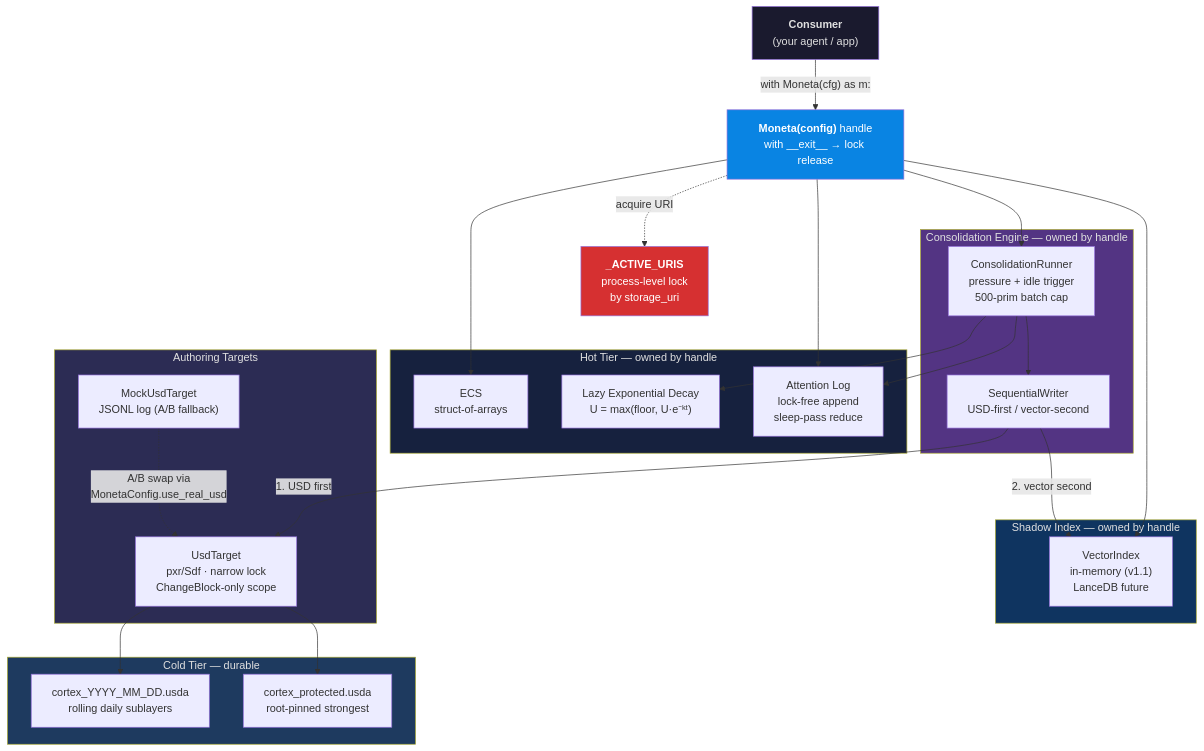
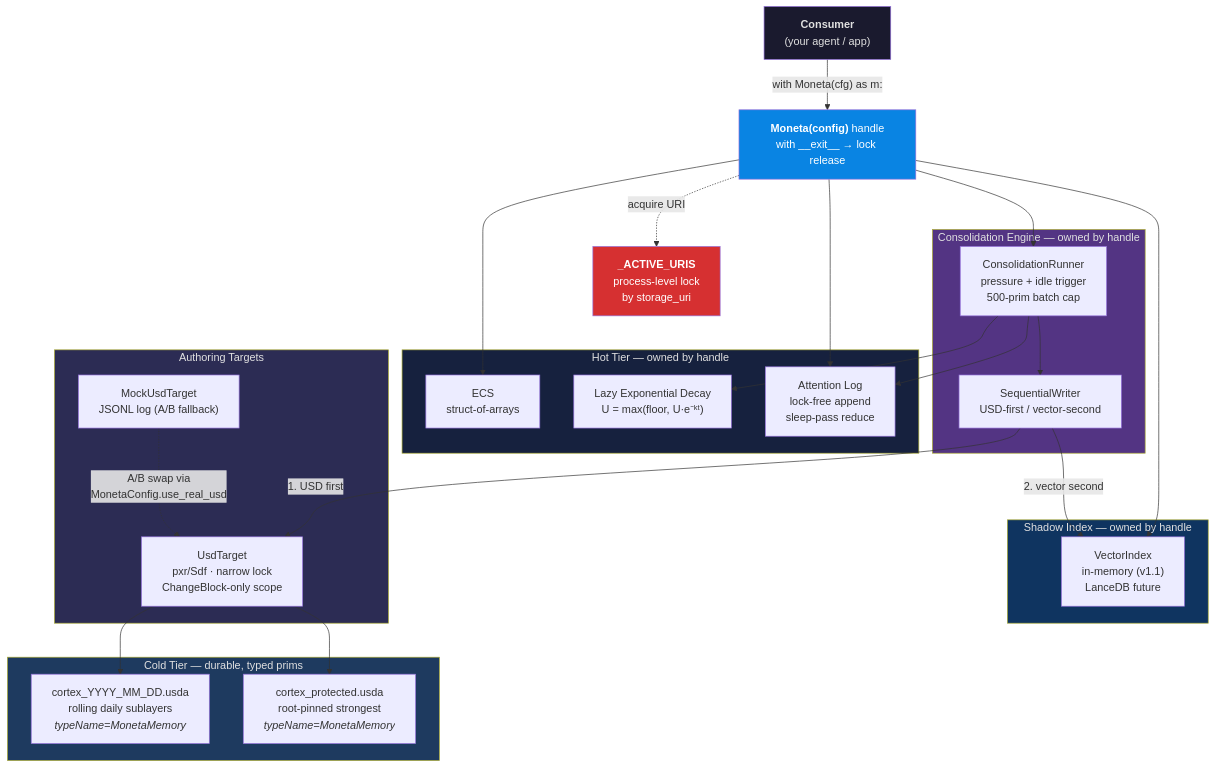
One commit to JosephOIbrahim/Moneta changed the first of 8 diagrams in README.md. Above: the diagram before and after it, drawn with Mermaid. The commit also changed other lines of this file, not shown here.

First line of the commit message:
README: v1.2.0-rc1 codeless-schema content + new mermaid diagram

````diff
--- a/README.md
+++ b/README.md
@@ -150,55 +151,55 @@
 ```mermaid
 graph TB
     consumer["<b>Consumer</b><br/>(your agent / app)"]
     handle["<b>Moneta(config)</b> handle<br/>with __exit__ → lock release"]
     registry["<b>_ACTIVE_URIS</b><br/>process-level lock<br/>by storage_uri"]
 
     subgraph hot["Hot Tier — owned by handle"]
         ECS["ECS<br/>struct-of-arrays"]
         Decay["Lazy Exponential Decay<br/>U = max(floor, U·e⁻ᵏᵗ)"]
         AttLog["Attention Log<br/>lock-free append<br/>sleep-pass reduce"]
     end
 
     subgraph shadow["Shadow Index — owned by handle"]
         VecIdx["VectorIndex<br/>in-memory (v1.1)<br/>LanceDB future"]
     end
 
     subgraph consolidation["Consolidation Engine — owned by handle"]
         Runner["ConsolidationRunner<br/>pressure + idle trigger<br/>500-prim batch cap"]
         SeqWriter["SequentialWriter<br/>USD-first / vector-second"]
     end
 
     subgraph targets["Authoring Targets"]
         Real["UsdTarget<br/>pxr/Sdf · narrow lock<br/>ChangeBlock-only scope"]
         Mock["MockUsdTarget<br/>JSONL log (A/B fallback)"]
     end
 
-    subgraph cold["Cold Tier — durable"]
-        Rolling["cortex_YYYY_MM_DD.usda<br/>rolling daily sublayers"]
-        Protected["cortex_protected.usda<br/>root-pinned strongest"]
+    subgraph cold["Cold Tier — durable, typed prims"]
+        Rolling["cortex_YYYY_MM_DD.usda<br/>rolling daily sublayers<br/><i>typeName=MonetaMemory</i>"]
+        Protected["cortex_protected.usda<br/>root-pinned strongest<br/><i>typeName=MonetaMemory</i>"]
     end
 
     consumer -->|"with Moneta(cfg) as m:"| handle
     handle -.->|"acquire URI"| registry
     handle --> ECS
     handle --> AttLog
     handle --> VecIdx
     handle --> Runner
     Runner --> AttLog
     Runner --> Decay
     Runner --> SeqWriter
     SeqWriter -->|"1. USD first"| Real
     SeqWriter -->|"2. vector second"| VecIdx
     Real --> Rolling
     Real --> Protected
     Mock -.->|"A/B swap via<br/>MonetaConfig.use_real_usd"| Real
 
     style consumer fill:#1a1a2e,color:#e0e0e0
     style handle fill:#0984e3,color:#fff
     style registry fill:#d63031,color:#fff
     style hot fill:#16213e,color:#e0e0e0
     style shadow fill:#0f3460,color:#e0e0e0
     style consolidation fill:#533483,color:#e0e0e0
     style targets fill:#2c2c54,color:#e0e0e0
     style cold fill:#1e3a5f,color:#e0e0e0
 ```
````
